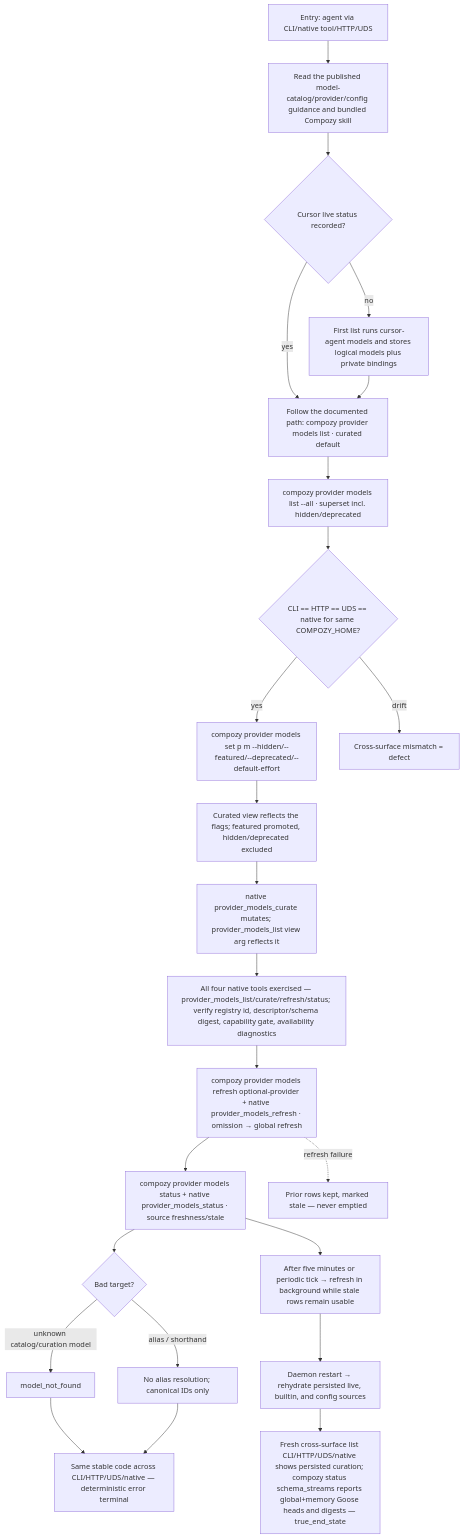
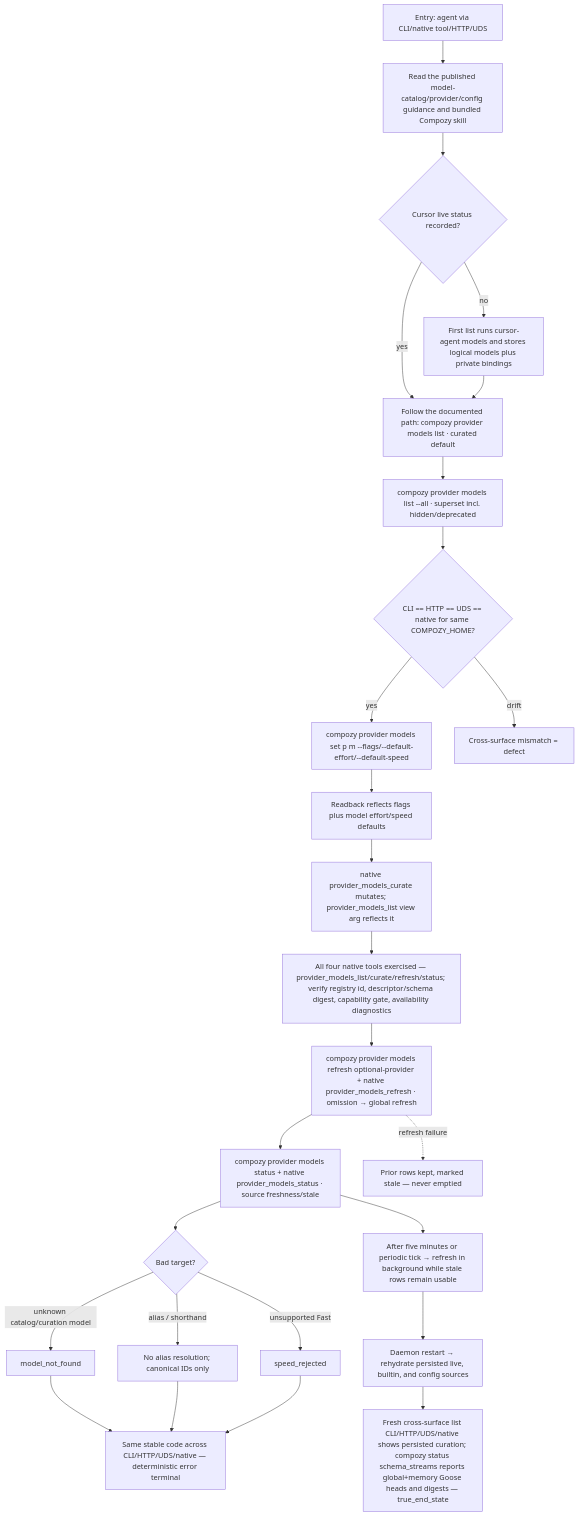
The diagram in docs/qa/journeys/J-20-catalog-curation-agent-surfaces.md (compozy/compozy), drawn with Mermaid before and after one commit. The commit also changed other lines of this file and 70 other files, not shown here.

````diff
--- a/docs/qa/journeys/J-20-catalog-curation-agent-surfaces.md
+++ b/docs/qa/journeys/J-20-catalog-curation-agent-surfaces.md
@@ -5,26 +5,28 @@
 ```mermaid
 flowchart TD
     E1[Entry: agent via CLI/native tool/HTTP/UDS] --> GUIDE[Read the published model-catalog/provider/config guidance and bundled Compozy skill]
     GUIDE --> CURSOR{Cursor live status recorded?}
     CURSOR -->|no| DISCOVER[First list runs cursor-agent models and stores logical models plus private bindings]
     CURSOR -->|yes| LIST[Read stored catalog rows]
     DISCOVER --> LIST[Follow the documented path: compozy provider models list · curated default]
     LIST --> ALL[compozy provider models list --all · superset incl. hidden/deprecated]
     ALL --> COMPARE{CLI == HTTP == UDS == native for same COMPOZY_HOME?}
-    COMPARE -->|yes| SET[compozy provider models set p m --hidden/--featured/--deprecated/--default-effort]
+    COMPARE -->|yes| SET[compozy provider models set p m --flags/--default-effort/--default-speed]
     COMPARE -->|drift| BUG[Cross-surface mismatch = defect]
-    SET --> REFLECT[Curated view reflects the flags; featured promoted, hidden/deprecated excluded]
+    SET --> REFLECT[Readback reflects flags plus model effort/speed defaults]
     REFLECT --> CURATE[native provider_models_curate mutates; provider_models_list view arg reflects it]
     CURATE --> NATIVE[All four native tools exercised — provider_models_list/curate/refresh/status; verify registry id, descriptor/schema digest, capability gate, availability diagnostics]
     NATIVE --> REFRESH[compozy provider models refresh optional-provider + native provider_models_refresh · omission → global refresh]
     REFRESH --> STATUS[compozy provider models status + native provider_models_status · source freshness/stale]
     STATUS --> ERR{Bad target?}
     ERR -->|unknown catalog/curation model| NF[model_not_found]
+    ERR -->|unsupported Fast| SPEED[speed_rejected]
     ERR -->|alias / shorthand| NORES[No alias resolution; canonical IDs only]
     NF --> STABLE[Same stable code across CLI/HTTP/UDS/native — deterministic error terminal]
     NORES --> STABLE
+    SPEED --> STABLE
     STATUS --> TTL[After five minutes or periodic tick → refresh in background while stale rows remain usable]
     TTL --> RESTART[Daemon restart → rehydrate persisted live, builtin, and config sources]
     RESTART --> READBACK[Fresh cross-surface list CLI/HTTP/UDS/native shows persisted curation; compozy status schema_streams reports global+memory Goose heads and digests — true_end_state]
     REFRESH -.->|refresh failure| STALE[Prior rows kept, marked stale — never emptied]
 ```
````
